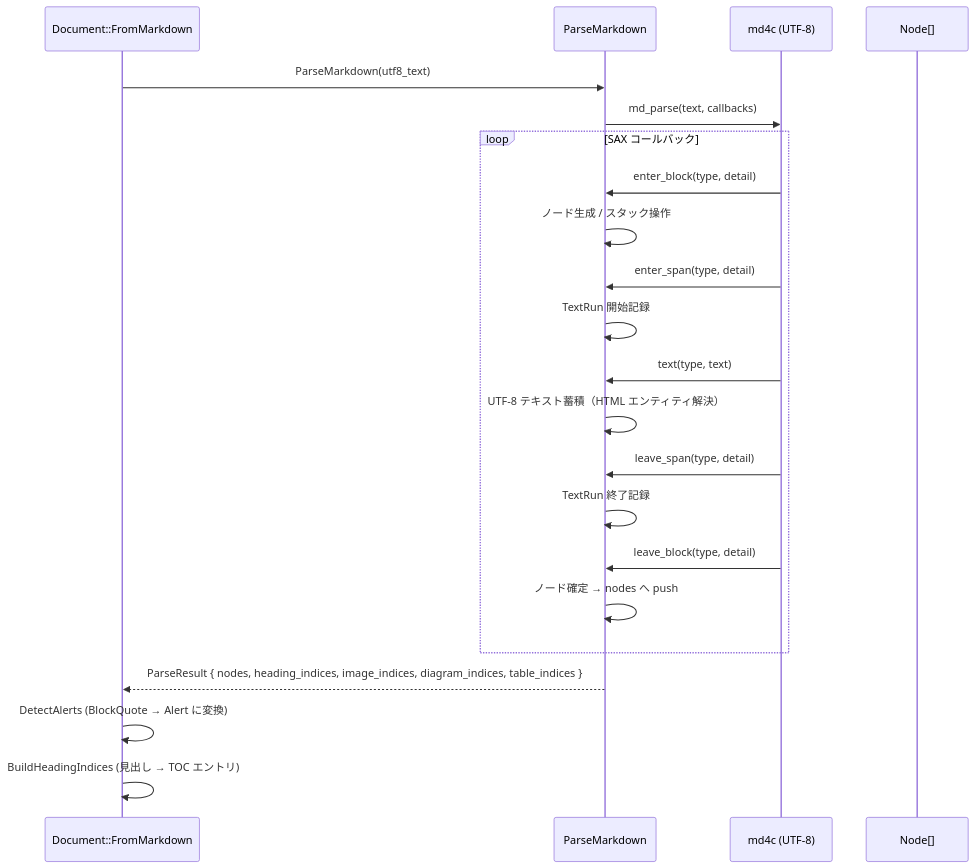
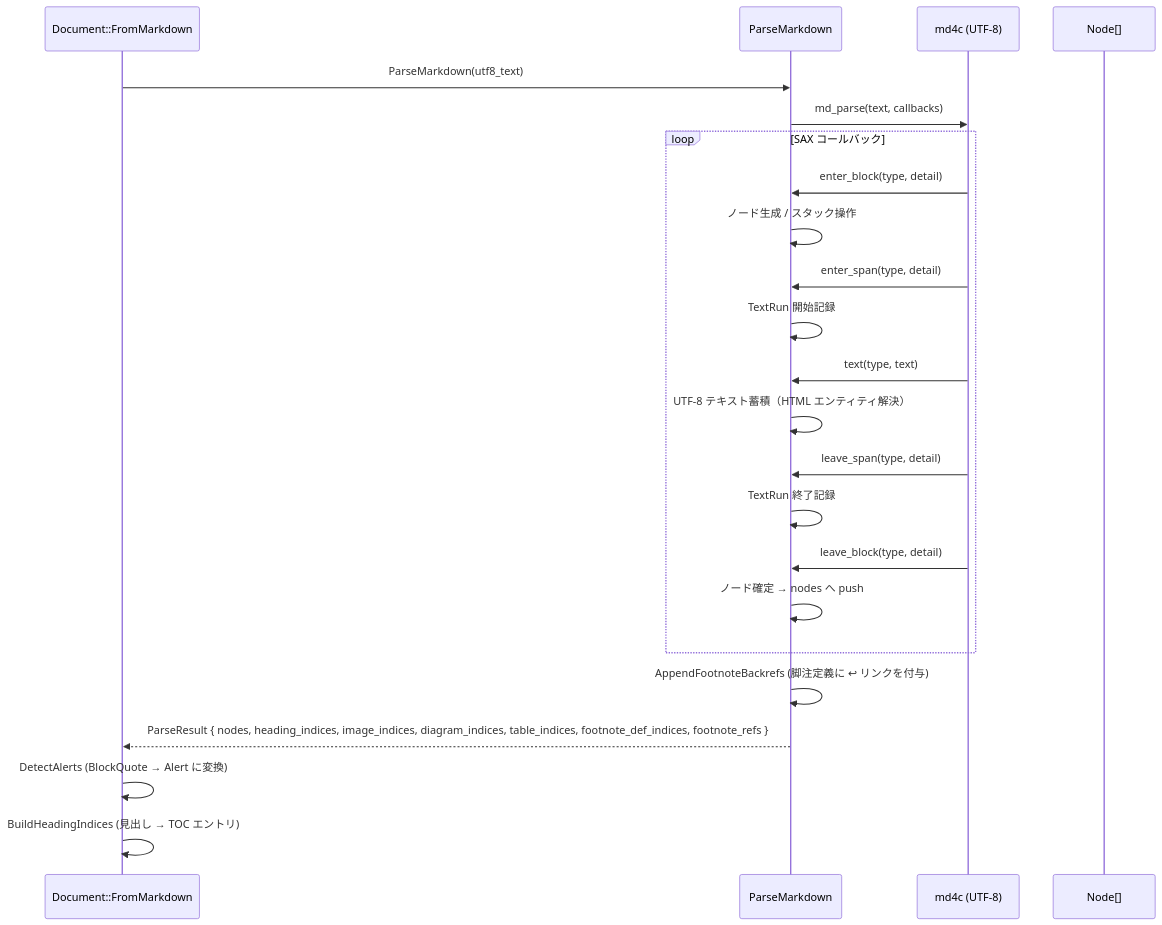
One commit to tanaton/mendo changed the sixth of 27 diagrams in example/test.md. Above: the diagram before and after it, drawn with Mermaid. The commit also changed other lines of this file, not shown here.

````diff
--- a/example/test.md
+++ b/example/test.md
@@ -799,25 +799,26 @@
 ```mermaid
 sequenceDiagram
     participant DOC as Document::FromMarkdown
     participant P as ParseMarkdown
     participant MD as md4c (UTF-8)
     participant N as Node[]
 
     DOC->>P: ParseMarkdown(utf8_text)
     P->>MD: md_parse(text, callbacks)
     loop SAX コールバック
         MD->>P: enter_block(type, detail)
         P->>P: ノード生成 / スタック操作
         MD->>P: enter_span(type, detail)
         P->>P: TextRun 開始記録
         MD->>P: text(type, text)
         P->>P: UTF-8 テキスト蓄積（HTML エンティティ解決）
         MD->>P: leave_span(type, detail)
         P->>P: TextRun 終了記録
         MD->>P: leave_block(type, detail)
         P->>P: ノード確定 → nodes へ push
     end
-    P-->>DOC: ParseResult { nodes, heading_indices, image_indices, diagram_indices, table_indices }
+    P->>P: AppendFootnoteBackrefs (脚注定義に ↩ リンクを付与)
+    P-->>DOC: ParseResult { nodes, heading_indices, image_indices, diagram_indices, table_indices, footnote_def_indices, footnote_refs }
     DOC->>DOC: DetectAlerts (BlockQuote → Alert に変換)
     DOC->>DOC: BuildHeadingIndices (見出し → TOC エントリ)
 ```
````
